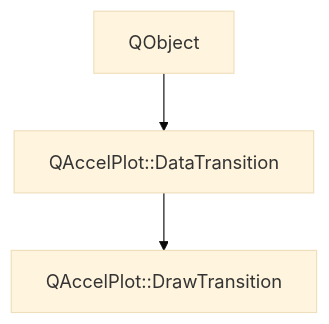
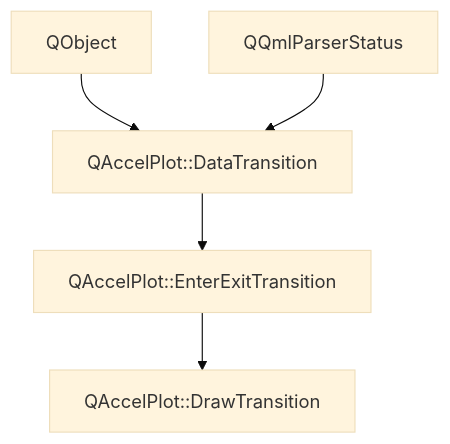
The diagram in main/assets/.doxy/QAccelPlot/api/classQAccelPlot_1_1DrawTransition.md (michalgrabarczyk/QAccelPlot), drawn with Mermaid (base theme) before and after one commit. The commit also changed other lines of this file and 381 other files, not shown here.

````diff
--- a/main/assets/.doxy/QAccelPlot/api/classQAccelPlot_1_1DrawTransition.md
+++ b/main/assets/.doxy/QAccelPlot/api/classQAccelPlot_1_1DrawTransition.md
@@ -31,12 +31,18 @@
 ```mermaid
 flowchart TB
   classQAccelPlot_1_1DrawTransition["QAccelPlot::DrawTransition"]
 
+  classQAccelPlot_1_1EnterExitTransition["QAccelPlot::EnterExitTransition"]
+  classQAccelPlot_1_1EnterExitTransition --> classQAccelPlot_1_1DrawTransition
+  click classQAccelPlot_1_1EnterExitTransition "../classQAccelPlot_1_1EnterExitTransition/" "Open QAccelPlot::EnterExitTransition"
+
   classQAccelPlot_1_1DataTransition["QAccelPlot::DataTransition"]
-  classQAccelPlot_1_1DataTransition --> classQAccelPlot_1_1DrawTransition
+  classQAccelPlot_1_1DataTransition --> classQAccelPlot_1_1EnterExitTransition
   click classQAccelPlot_1_1DataTransition "../classQAccelPlot_1_1DataTransition/" "Open QAccelPlot::DataTransition"
 
   external_base_classQAccelPlot_1_1DataTransition_1["QObject"]
   external_base_classQAccelPlot_1_1DataTransition_1 --> classQAccelPlot_1_1DataTransition
+  external_base_classQAccelPlot_1_1DataTransition_2["QQmlParserStatus"]
+  external_base_classQAccelPlot_1_1DataTransition_2 --> classQAccelPlot_1_1DataTransition
 
 ```
````
